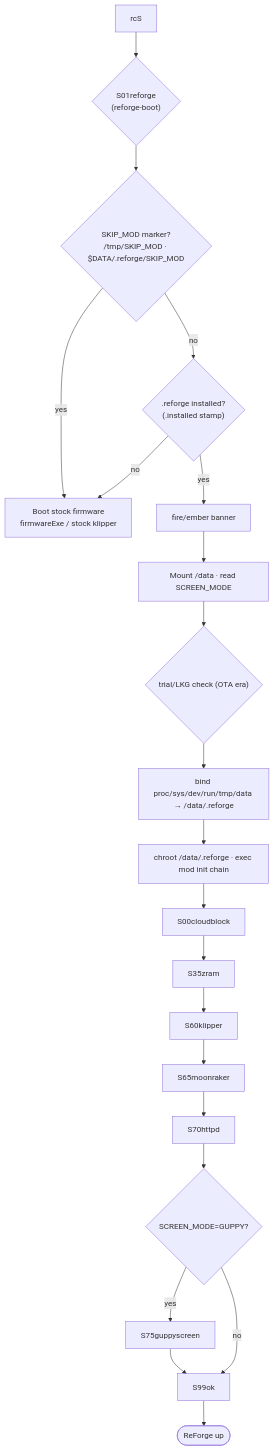
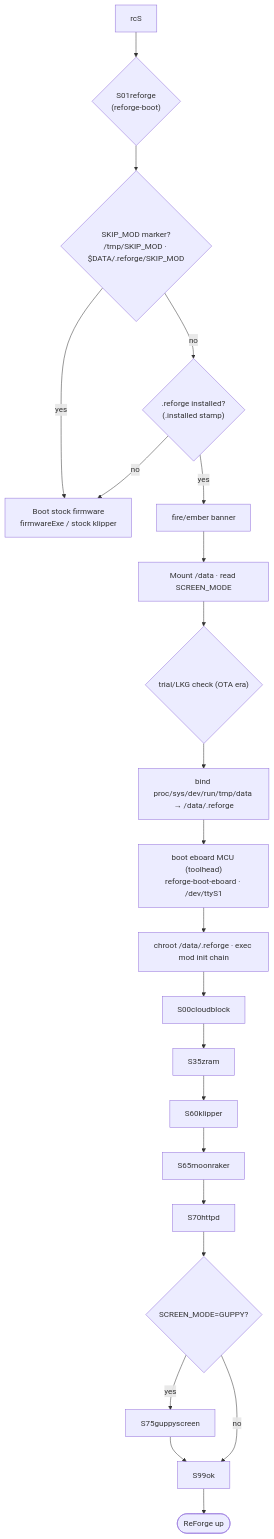
The diagram in docs/boot.md (maci0/reforge), drawn with Mermaid before and after one commit. The commit also changed other lines of this file and 2 other files, not shown here.

````diff
--- a/docs/boot.md
+++ b/docs/boot.md
@@ -227,18 +231,19 @@
 ```mermaid
 flowchart TD
     A[rcS] --> D{"S01reforge<br/>(reforge-boot)"}
     D --> E{"SKIP_MOD marker?<br/>/tmp/SKIP_MOD · $DATA/.reforge/SKIP_MOD"}
     E -- yes --> Z[Boot stock firmware<br/>firmwareExe / stock klipper]
     E -- no --> F{".reforge installed?<br/>(.installed stamp)"}
     F -- no --> Z
     F -- yes --> G[fire/ember banner]
     G --> H[Mount /data · read SCREEN_MODE]
     H --> T{"trial/LKG check (OTA era)"}
     T --> I["bind proc/sys/dev/run/tmp/data → /data/.reforge"]
-    I --> J["chroot /data/.reforge · exec mod init chain"]
+    I --> EB["boot eboard MCU (toolhead)<br/>reforge-boot-eboard · /dev/ttyS1"]
+    EB --> J["chroot /data/.reforge · exec mod init chain"]
     J --> K[S00cloudblock] --> L[S35zram] --> M[S60klipper] --> N[S65moonraker]
     N --> O[S70httpd] --> P{"SCREEN_MODE=GUPPY?"}
     P -- yes --> Q[S75guppyscreen] --> R[S99ok]
     P -- no --> R
     R --> S([ReForge up])
 ```
````
